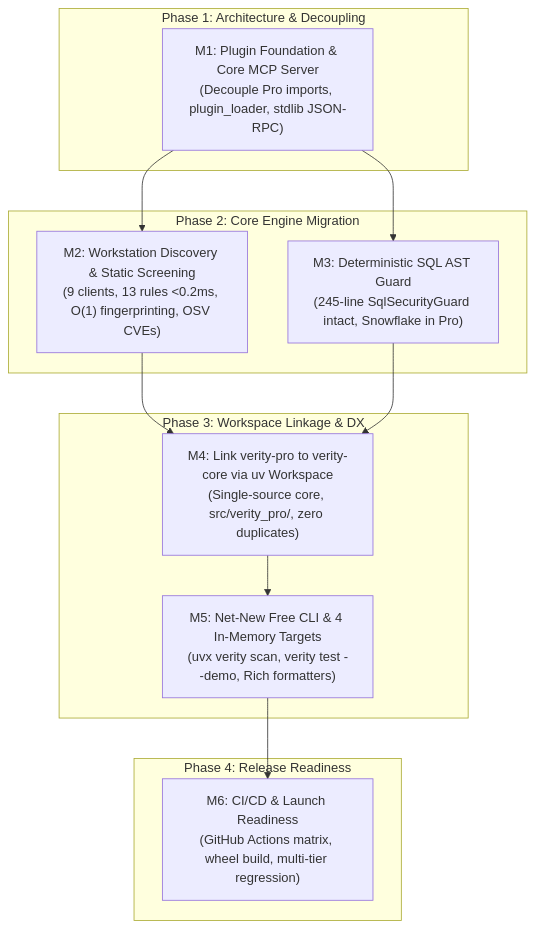
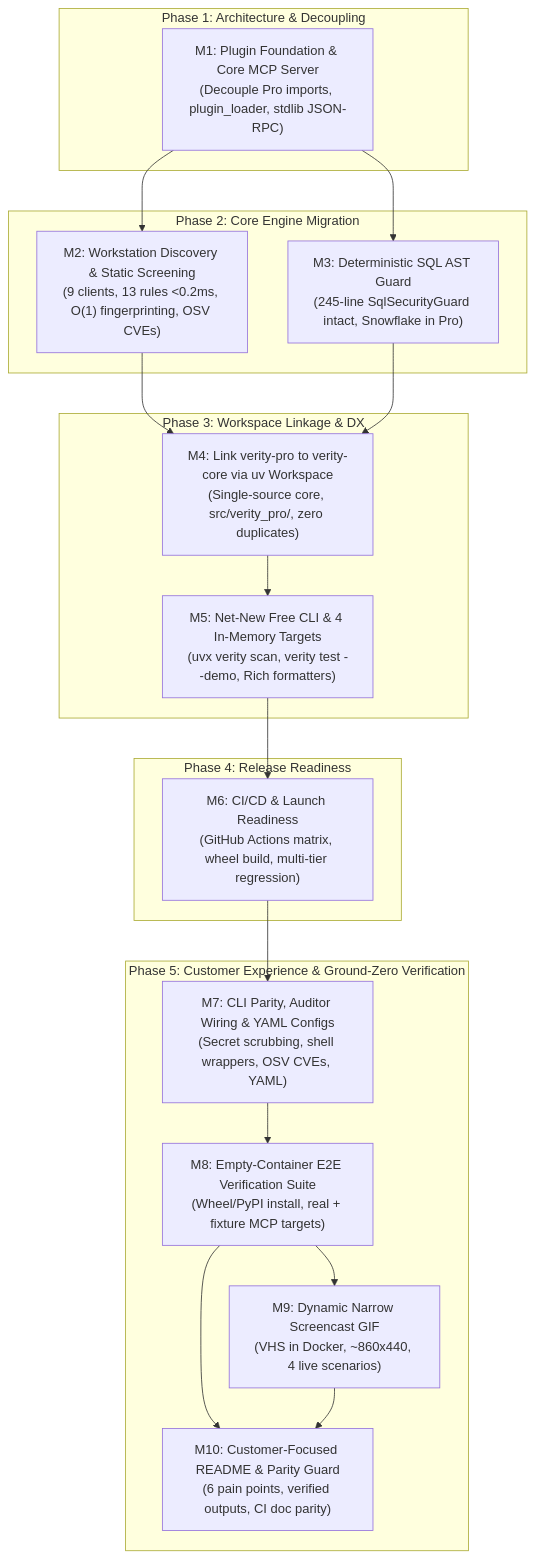
Before and after one commit to JMartynov/verityredteam-free: the diagram in TASK_BOARD.md, drawn with Mermaid. The commit also changed other lines of this file and 4 other files, not shown here.

````diff
--- a/TASK_BOARD.md
+++ b/TASK_BOARD.md
@@ -16,27 +16,39 @@
 ```mermaid
 flowchart TD
     subgraph Phase1["Phase 1: Architecture & Decoupling"]
         M1["M1: Plugin Foundation & Core MCP Server<br/>(Decouple Pro imports, plugin_loader, stdlib JSON-RPC)"]
     end
 
     subgraph Phase2["Phase 2: Core Engine Migration"]
         M2["M2: Workstation Discovery & Static Screening<br/>(9 clients, 13 rules &lt;0.2ms, O(1) fingerprinting, OSV CVEs)"]
         M3["M3: Deterministic SQL AST Guard<br/>(245-line SqlSecurityGuard intact, Snowflake in Pro)"]
     end
 
     subgraph Phase3["Phase 3: Workspace Linkage & DX"]
         M4["M4: Link verity-pro to verity-core via uv Workspace<br/>(Single-source core, src/verity_pro/, zero duplicates)"]
         M5["M5: Net-New Free CLI &amp; 4 In-Memory Targets<br/>(uvx verity scan, verity test --demo, Rich formatters)"]
     end
 
     subgraph Phase4["Phase 4: Release Readiness"]
         M6["M6: CI/CD &amp; Launch Readiness<br/>(GitHub Actions matrix, wheel build, multi-tier regression)"]
     end
 
+    subgraph Phase5["Phase 5: Customer Experience &amp; Ground-Zero Verification"]
+        M7["M7: CLI Parity, Auditor Wiring &amp; YAML Configs<br/>(Secret scrubbing, shell wrappers, OSV CVEs, YAML)"]
+        M8["M8: Empty-Container E2E Verification Suite<br/>(Wheel/PyPI install, real + fixture MCP targets)"]
+        M9["M9: Dynamic Narrow Screencast GIF<br/>(VHS in Docker, ~860x440, 4 live scenarios)"]
+        M10["M10: Customer-Focused README &amp; Parity Guard<br/>(6 pain points, verified outputs, CI doc parity)"]
+    end
+
     M1 --> M2
     M1 --> M3
     M2 --> M4
     M3 --> M4
     M4 --> M5
     M5 --> M6
+    M6 --> M7
+    M7 --> M8
+    M8 --> M9
+    M8 --> M10
+    M9 --> M10
 ```
````
